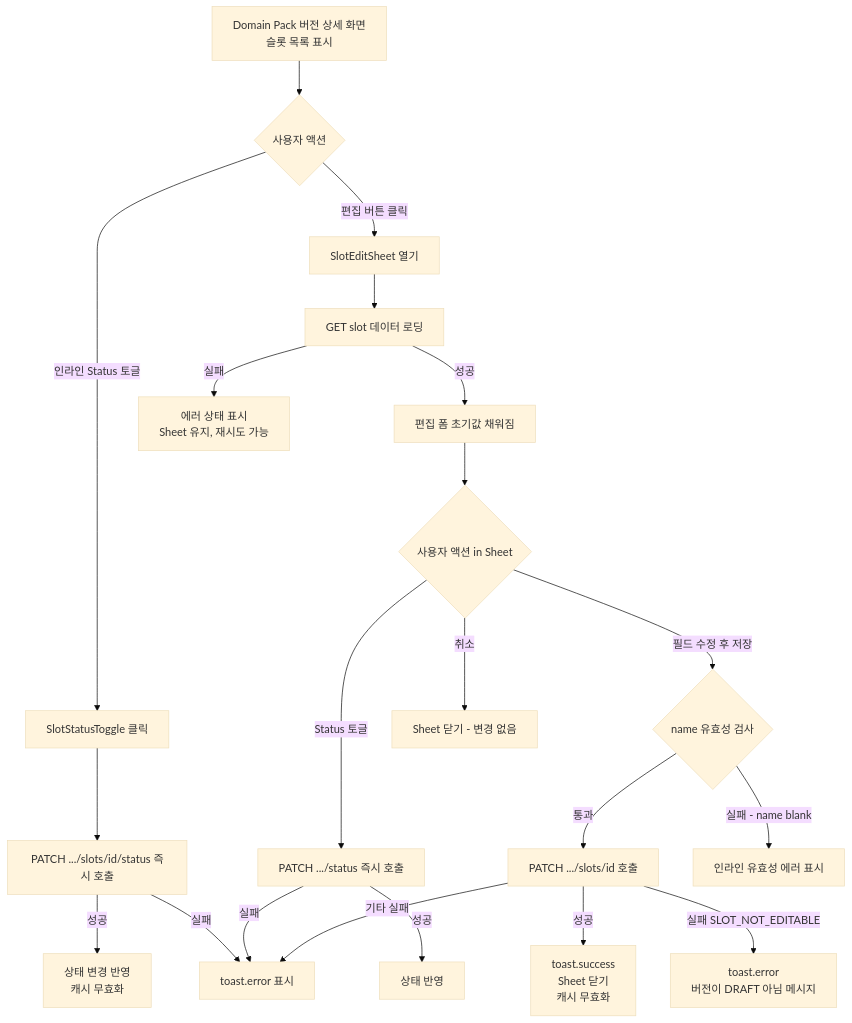
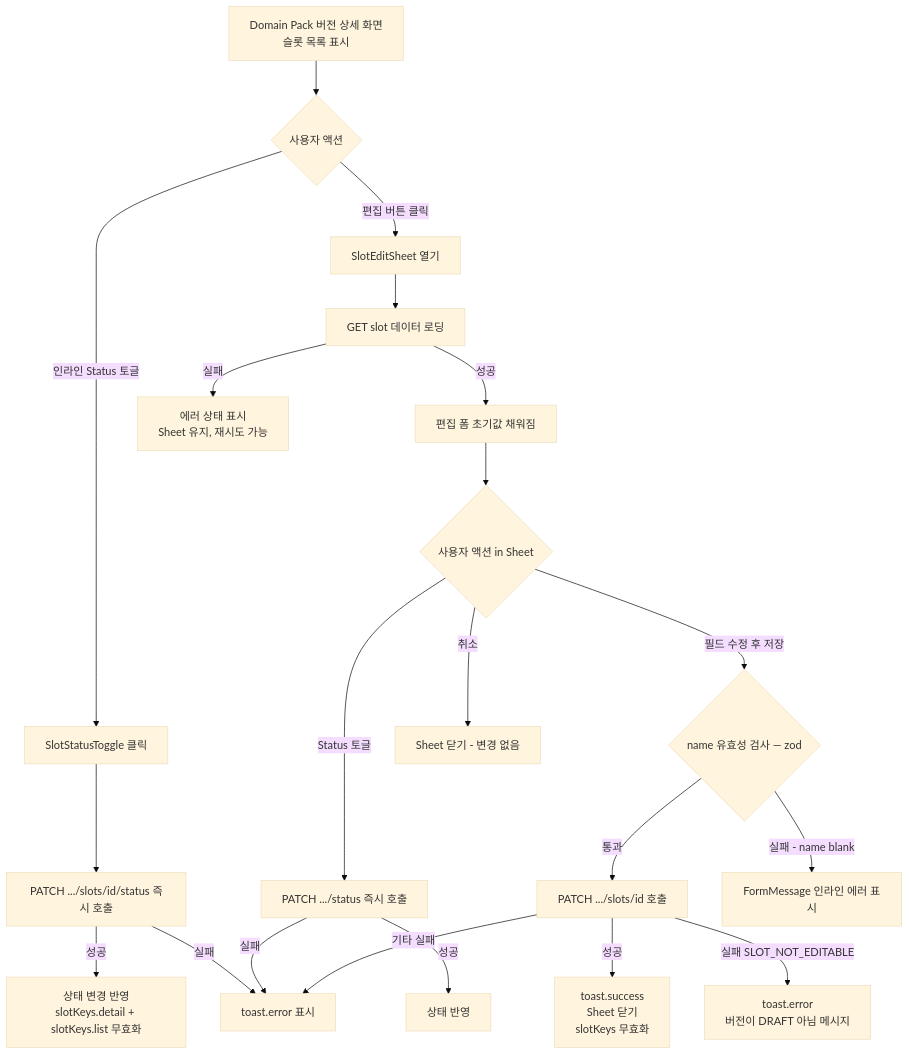
Before and after one commit to ajou-2026-1-capstone-5/ostone: the diagram in .agent/specs/321.md, drawn with Mermaid (base theme). The commit also changed other lines of this file and 2 other files, not shown here.

````diff
--- a/.agent/specs/321.md
+++ b/.agent/specs/321.md
@@ -18,28 +19,28 @@
 ```mermaid
 flowchart TD
     A[Domain Pack 버전 상세 화면\n슬롯 목록 표시] --> B{사용자 액션}
 
     B -->|인라인 Status 토글| C[SlotStatusToggle 클릭]
     C --> D[PATCH .../slots/id/status 즉시 호출]
-    D -->|성공| E[상태 변경 반영\n캐시 무효화]
+    D -->|성공| E[상태 변경 반영\nslotKeys.detail + slotKeys.list 무효화]
     D -->|실패| F[toast.error 표시]
 
     B -->|편집 버튼 클릭| G[SlotEditSheet 열기]
     G --> H[GET slot 데이터 로딩]
     H -->|성공| I[편집 폼 초기값 채워짐]
     H -->|실패| J[에러 상태 표시\nSheet 유지, 재시도 가능]
     I --> K{사용자 액션 in Sheet}
 
     K -->|Status 토글| L[PATCH .../status 즉시 호출]
     L -->|성공| M[상태 반영]
     L -->|실패| F
 
-    K -->|필드 수정 후 저장| N{name 유효성 검사}
+    K -->|필드 수정 후 저장| N{name 유효성 검사 — zod}
     N -->|통과| O[PATCH .../slots/id 호출]
-    N -->|실패 - name blank| P[인라인 유효성 에러 표시]
-    O -->|성공| Q[toast.success\nSheet 닫기\n캐시 무효화]
+    N -->|실패 - name blank| P[FormMessage 인라인 에러 표시]
+    O -->|성공| Q[toast.success\nSheet 닫기\nslotKeys 무효화]
     O -->|실패 SLOT_NOT_EDITABLE| R[toast.error\n버전이 DRAFT 아님 메시지]
     O -->|기타 실패| F
 
     K -->|취소| S[Sheet 닫기 - 변경 없음]
 ```
````
